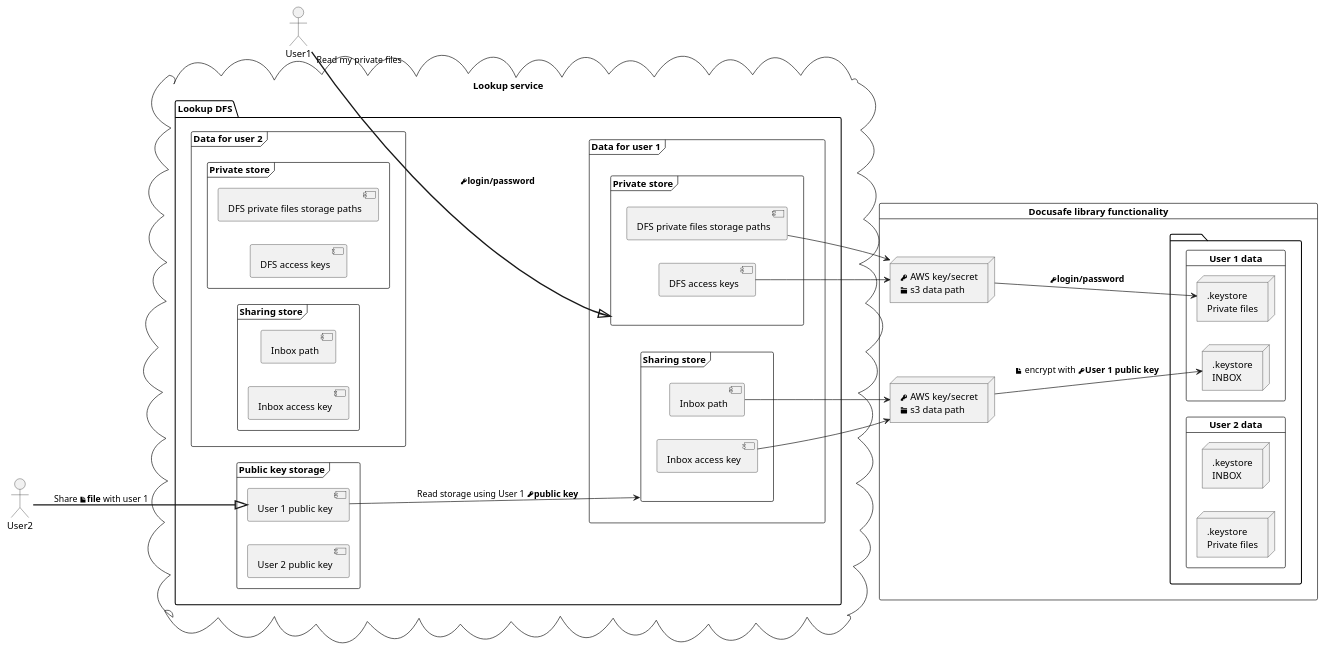
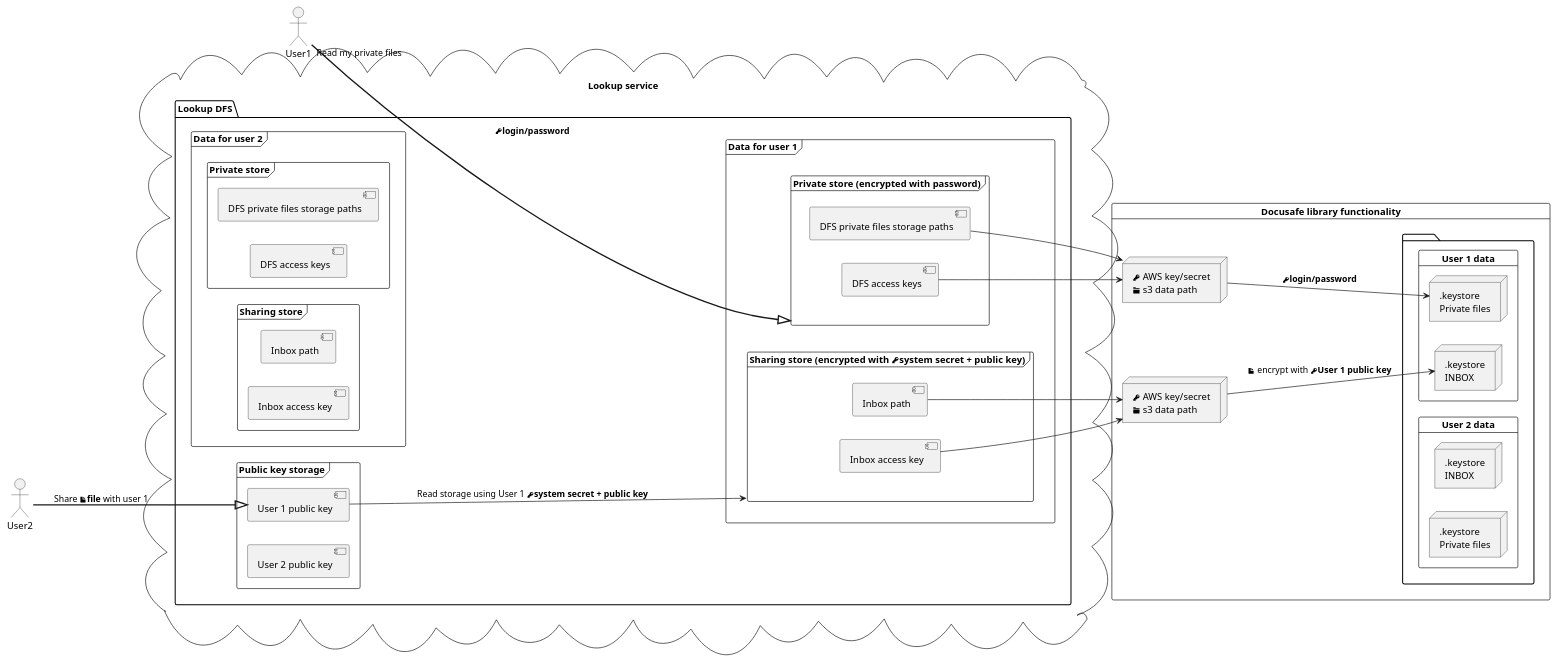
Before and after one commit to valb3r/docusafe: the diagram in diagrams/generic_view.puml, drawn with PlantUML.

Commit message:
Update general view

```diff
--- a/diagrams/generic_view.puml
+++ b/diagrams/generic_view.puml
@@ -1,89 +1,89 @@
 @startuml
 cloud "Lookup service" {
   package "Lookup DFS" {
   left to right direction
     frame "Data for user 1" {
 
-      frame "Private store" as privateStoreUser1 {
+      frame "Private store (encrypted with password)" as privateStoreUser1 {
         [DFS private files storage paths] as mapPrivate1
         [DFS access keys] as privateAccessKey1
       }
 
-      frame "Sharing store" as sharingStoreUser1 {
+      frame "Sharing store (encrypted with **<&key>system secret + public key**)" as sharingStoreUser1 {
         [Inbox path] as mapInbox1
         [Inbox access key] as publicAccessKey1
       }
     }
 
     frame "Data for user 2" {
 
       frame "Private store" as privateStoreUser2 {
         [DFS private files storage paths] as mapPrivate2
         [DFS access keys] as privateAccessKey2
       }
 
       frame "Sharing store" as sharingStoreUser2 {
         [Inbox path] as mapInbox2
         [Inbox access key] as publicAccessKey2
       }
     }
 
     frame "Public key storage" {
       left to right direction
       [User 1 public key] as user1publicKey
       [User 2 public key] as user2publicKey
     }
   }
 }
 
 actor User1 as user1
 actor User2 as user2
 
 card "Docusafe library functionality" {
 package {
   card "User 1 data" as User1data {
     node inboxUsr1 [
       .keystore
       INBOX
     ]
     node filesUsr1 [
       .keystore
       Private files
     ]
   }
 
   card "User 2 data" as User2data {
     node inboxUsr2 [
       .keystore
       INBOX
     ]
     node filesUsr2 [
       .keystore
       Private files
     ]
   }
 }
 
 
 node user1privateFilesAccess [
 <&key> AWS key/secret
 <&folder> s3 data path
 ]
 
 user1 ==^ privateStoreUser1 : "Read my private files" **<&key>login/password**
 mapPrivate1 --> user1privateFilesAccess
 privateAccessKey1 --> user1privateFilesAccess
 user1privateFilesAccess --> filesUsr1 :  **<&key>login/password**
 
 node user2shareFilesAccess [
 <&key> AWS key/secret
 <&folder> s3 data path
 ]
 
 user2 ==^ user1publicKey : Share **<&file>file** with user 1
-user1publicKey --> sharingStoreUser1 : Read storage using User 1 **<&key>public key**
+user1publicKey --> sharingStoreUser1 : Read storage using User 1 **<&key>system secret + public key**
 mapInbox1 --> user2shareFilesAccess
 publicAccessKey1 --> user2shareFilesAccess
 user2shareFilesAccess --> inboxUsr1 : <&file> encrypt with **<&key>User 1 public key**
 }
 @enduml
```
